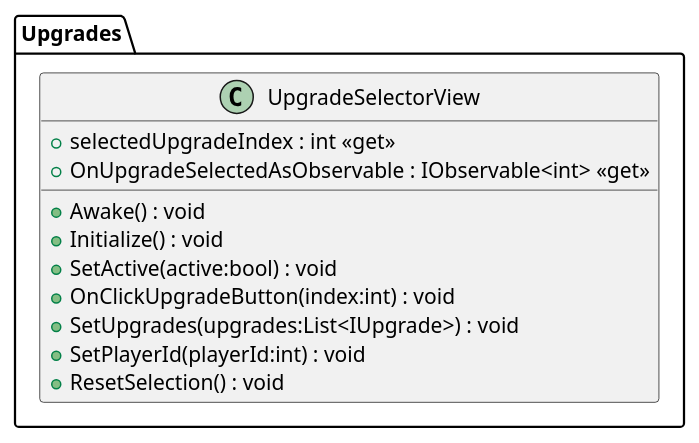
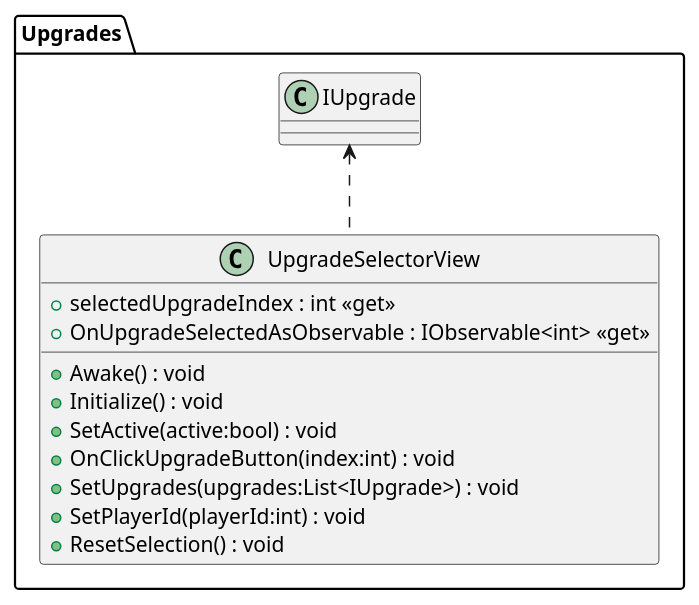
The diagram in plantuml/target/Upgrade/UpgradeSelectorView.puml (asterisk-cn/RougueShooter), drawn with PlantUML before and after one commit. The commit also changed 26 other files, not shown here.

```diff
--- a/plantuml/target/Upgrade/UpgradeSelectorView.puml
+++ b/plantuml/target/Upgrade/UpgradeSelectorView.puml
@@ -1,15 +1,16 @@
 @startuml
 namespace Upgrades{
 class UpgradeSelectorView {
     + selectedUpgradeIndex : int <<get>>
     + OnUpgradeSelectedAsObservable : IObservable<int> <<get>>
     + Awake() : void
     + Initialize() : void
     + SetActive(active:bool) : void
     + OnClickUpgradeButton(index:int) : void
     + SetUpgrades(upgrades:List<IUpgrade>) : void
     + SetPlayerId(playerId:int) : void
     + ResetSelection() : void
 }
 }
+Upgrades.IUpgrade <.. UpgradeSelectorView
 @enduml
```
